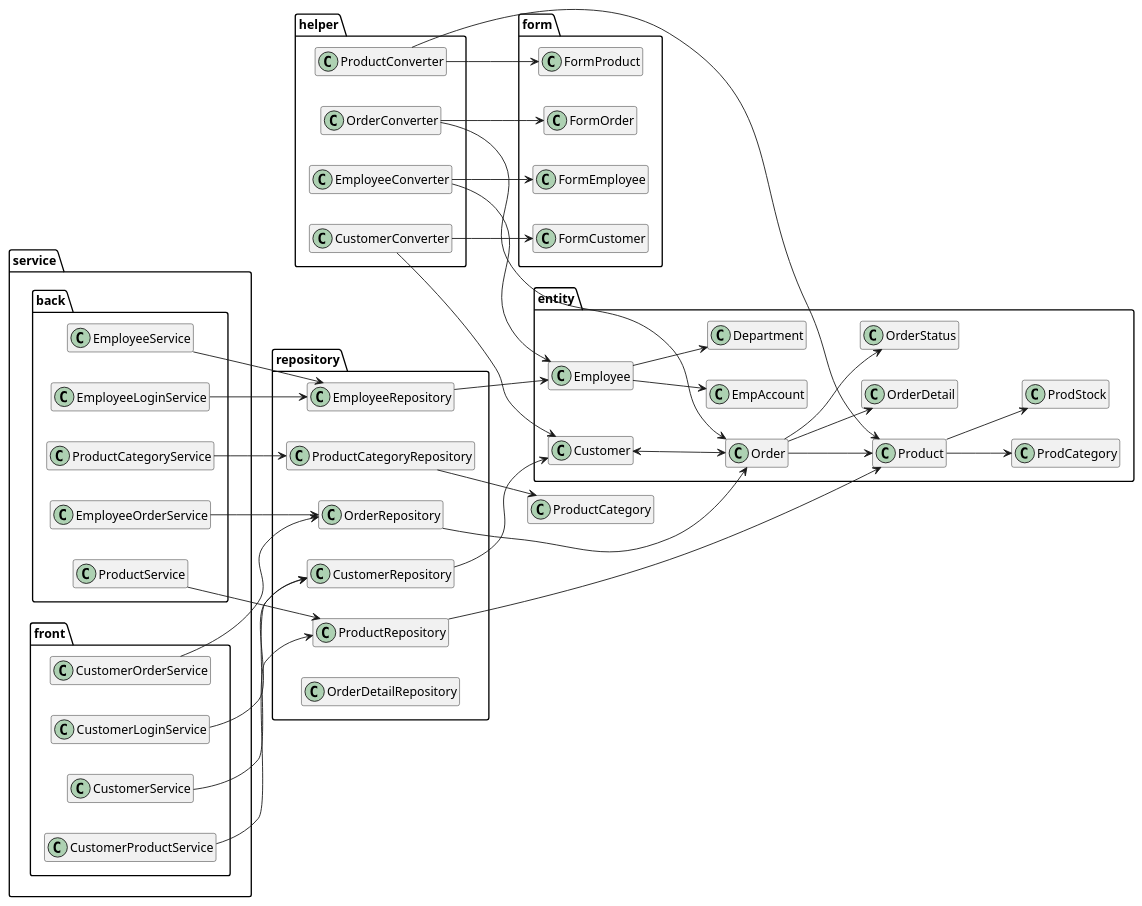
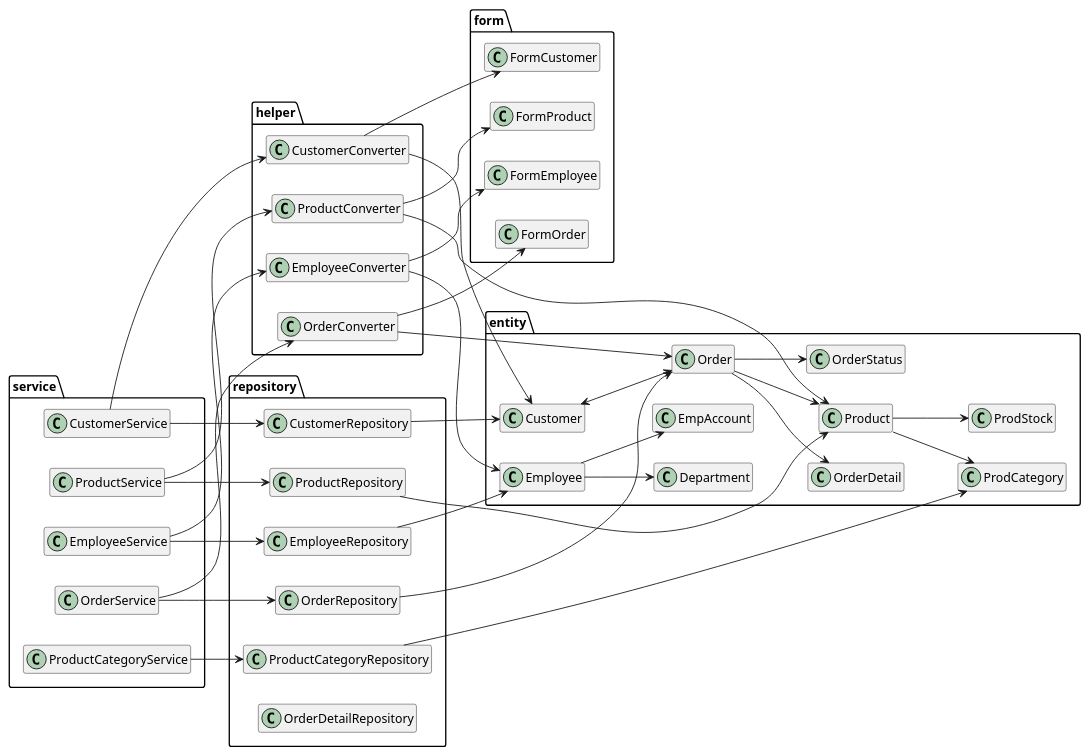
Before and after one commit to kanavii3333/ec-b: the diagram in plan/uml/class/all.plantuml, drawn with PlantUML. The commit also changed 2 other files, not shown here.

Commit message:
クラス図　メソッド名修正

```diff
--- a/plan/uml/class/all.plantuml
+++ b/plan/uml/class/all.plantuml
@@ -1,152 +1,138 @@
 @startuml
 
 hide empty members
 left to right direction
 
 package entity{
     class Customer{
     }
 
     class Order{
     }
 
     class OrderDetail{
     }
 
     class OrderStatus{
     }
 
     class Product{
     }
 
     class ProdCategory{
     }
 
     class ProdStock{
     }
 
     class Employee{
     }
 
     class Department{
     }
 
     class EmpAccount{
     }
 }
 
 Customer <--> Order
 Order --> OrderStatus
 Order --> OrderDetail
 Order --> Product
 Product --> ProdStock
 Product --> ProdCategory
 Employee --> EmpAccount
 Employee --> Department
 
 package form{
     class FormCustomer{
     }
 
     class FormOrder{
     }
 
     class FormProduct{
     }
 
     class FormEmployee{
     }
 }
 
 package helper{
     class CustomerConverter{
     }
 
     class OrderConverter{
     }
 
     class ProductConverter{
     }
 
     class EmployeeConverter{
     }
 }
 CustomerConverter --> Customer
 CustomerConverter --> FormCustomer
 OrderConverter --> Order
 OrderConverter --> FormOrder
 ProductConverter --> Product
 ProductConverter --> FormProduct
 EmployeeConverter --> Employee
 EmployeeConverter --> FormEmployee
 
 package repository{
     class CustomerRepository{
     }
 
     class OrderRepository{
     }
 
     class ProductRepository{
     }
 
     class EmployeeRepository{
     }
 
     class ProductCategoryRepository{
     }
 
     class OrderDetailRepository{
     }
 }
 
 package service{
-	package front{
-		class CustomerService{
-		}
-		
-		class CustomerLoginService{
-		}
-		
-		class CustomerOrderService{
-		}
-		
-		class CustomerProductService{
-		}
-	}
-	
-	package back{
-		class EmployeeService{
-		}
-		
-		class EmployeeLoginService{
-		}
-		
-		class EmployeeOrderService{
-		}
-		
-		class ProductService{
-		}
-		
-		class ProductCategoryService{
-		}
-	}	
+    class CustomerService{
+    }
+    
+    class OrderService{
+    }
+    
+    class ProductService{
+    }
+
+
+    class EmployeeService{
+    }
+    
+    class ProductCategoryService{
+    }
 }
 
+CustomerService --> CustomerConverter
+OrderService --> OrderConverter
+ProductService --> ProductConverter
+EmployeeService --> EmployeeConverter
+
 CustomerService --> CustomerRepository
-CustomerLoginService --> CustomerRepository
-CustomerOrderService --> OrderRepository
-CustomerProductService --> ProductRepository
+OrderService --> OrderRepository
+ProductService --> ProductRepository
 EmployeeService --> EmployeeRepository
-EmployeeLoginService --> EmployeeRepository
-EmployeeOrderService --> OrderRepository
-ProductService --> ProductRepository
 ProductCategoryService --> ProductCategoryRepository
 
 CustomerRepository --> Customer
 OrderRepository --> Order
 ProductRepository --> Product
 EmployeeRepository --> Employee
-ProductCategoryRepository --> ProductCategory
+ProductCategoryRepository --> ProdCategory
 
 @enduml
```
